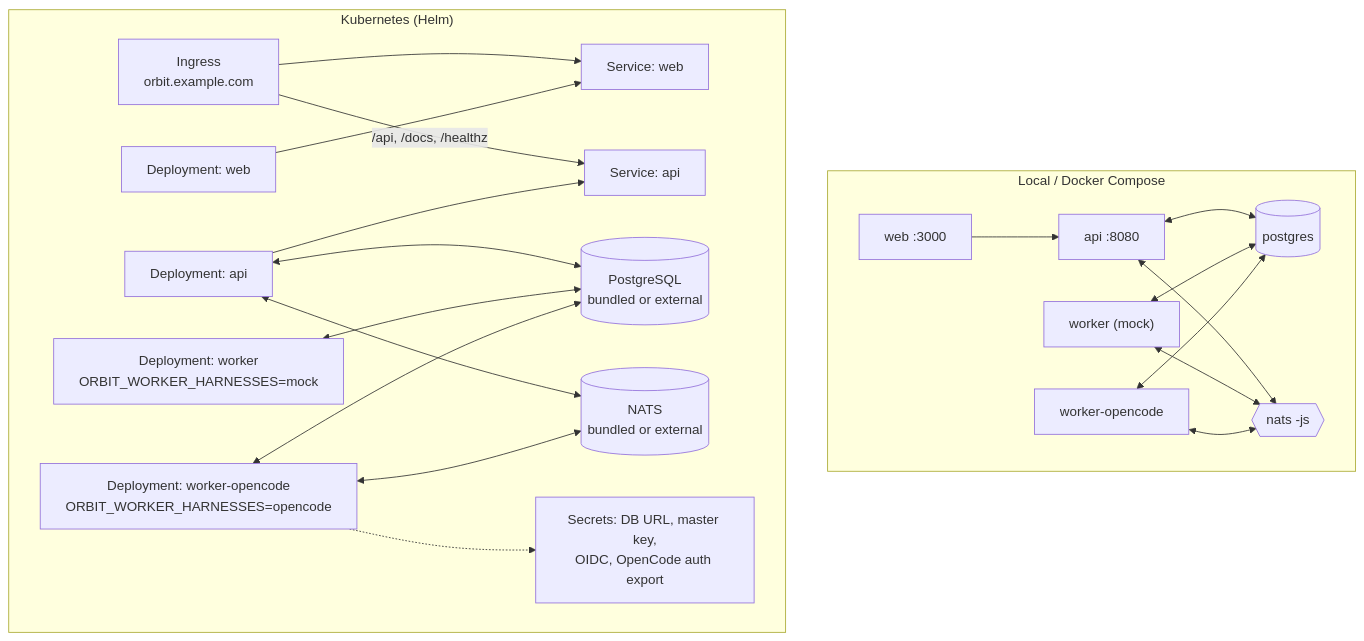
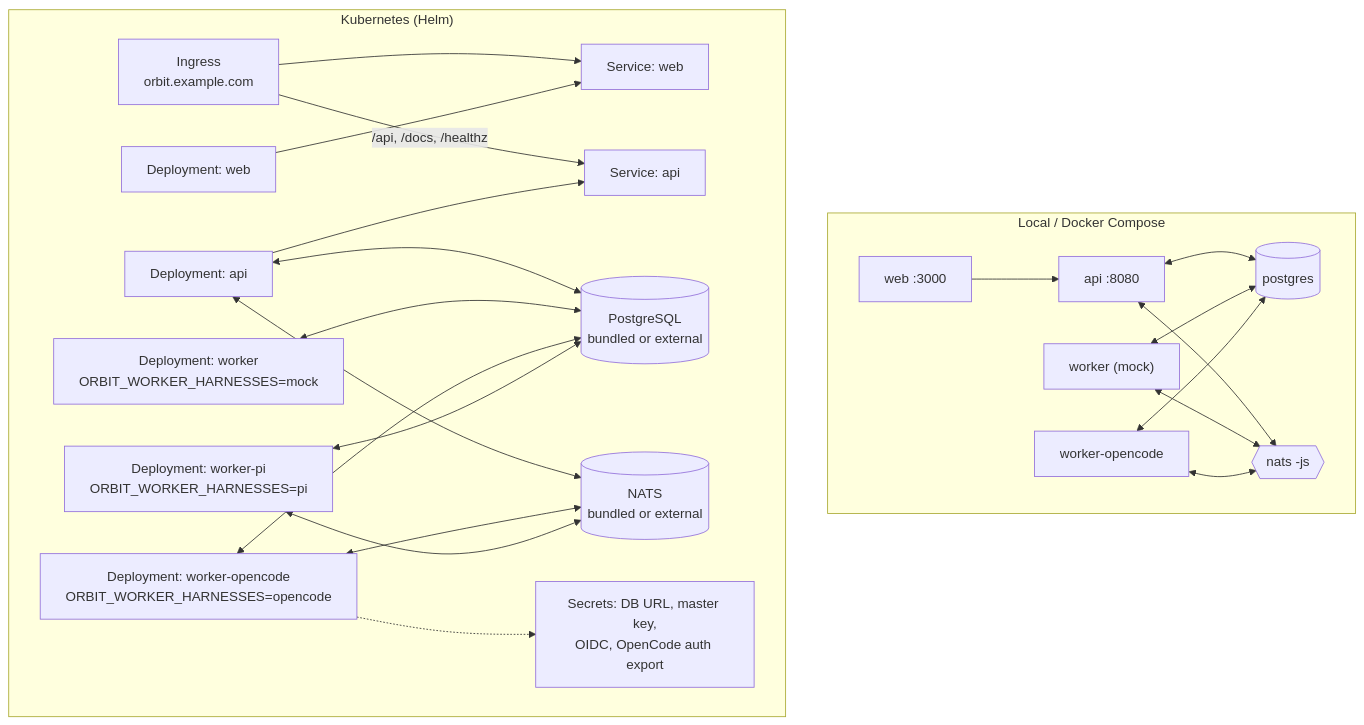
The fifth of 5 diagrams in docs/architecture/diagram.md (mikemikimike/orbit), drawn with Mermaid before and after one commit. The commit also changed other lines of this file and 1 other file, not shown here.

Commit message:
docs: update architecture diagrams and overview to reflect current code

````diff
--- a/docs/architecture/diagram.md
+++ b/docs/architecture/diagram.md
@@ -196,34 +199,37 @@
 ```mermaid
 flowchart TB
   subgraph Local["Local / Docker Compose"]
     LWeb["web :3000"] --> LApi["api :8080"]
     LWorker["worker (mock)"]
     LOpencode["worker-opencode"]
     LDb[("postgres")]
     LNats{{"nats -js"}}
     LApi <--> LDb
     LApi <--> LNats
     LWorker <--> LDb
     LWorker <--> LNats
     LOpencode <--> LDb
     LOpencode <--> LNats
   end
 
   subgraph K8s["Kubernetes (Helm)"]
     Ing["Ingress<br/>orbit.example.com"] --> SvcWeb["Service: web"]
     Ing -->|"/api, /docs, /healthz"| SvcApi["Service: api"]
     WebD["Deployment: web"] --> SvcWeb
     ApiD["Deployment: api"] --> SvcApi
     WorkerD["Deployment: worker<br/>ORBIT_WORKER_HARNESSES=mock"]
     OpencodeD["Deployment: worker-opencode<br/>ORBIT_WORKER_HARNESSES=opencode"]
+    PiD["Deployment: worker-pi<br/>ORBIT_WORKER_HARNESSES=pi"]
     Pg[("PostgreSQL<br/>bundled or external")]
     Nats[("NATS<br/>bundled or external")]
     Secret["Secrets: DB URL, master key,<br/>OIDC, OpenCode auth export"]
     ApiD <--> Pg
     ApiD <--> Nats
     WorkerD <--> Pg
     OpencodeD <--> Pg
     OpencodeD <--> Nats
+    PiD <--> Pg
+    PiD <--> Nats
     OpencodeD -.-> Secret
   end
 ```
````
